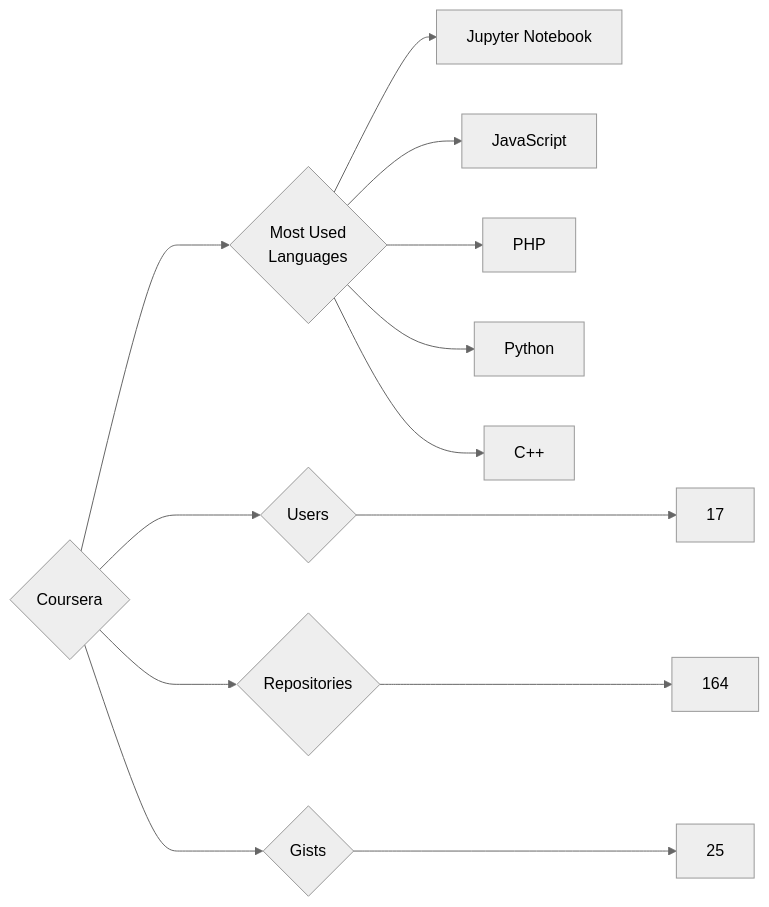
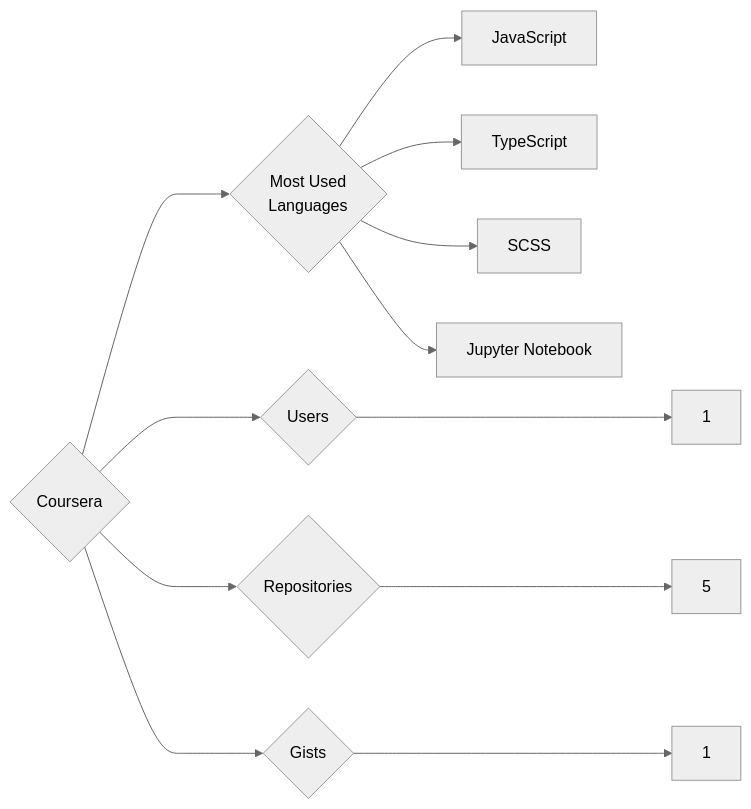
One commit to trickest/insiders changed the diagram in targets/Coursera/README.md. Above: the diagram before and after it, drawn with Mermaid (neutral theme). The commit also changed 639 other files, not shown here.

````diff
--- a/targets/Coursera/README.md
+++ b/targets/Coursera/README.md
@@ -3,13 +3,12 @@
 ```mermaid
 graph LR
 COMPANY_NAME{Coursera}
-COMPANY_NAME ---> U{Users} ---> UN[17]
-COMPANY_NAME ---> R{Repositories} ---> RN[164]
-COMPANY_NAME ---> G{Gists} ---> GN[25]
+COMPANY_NAME ---> U{Users} ---> UN[1]
+COMPANY_NAME ---> R{Repositories} ---> RN[5]
+COMPANY_NAME ---> G{Gists} ---> GN[1]
 COMPANY_NAME ---> ML{Most Used<br>Languages}
+ML --> JavaScript[JavaScript]
+ML --> TypeScript[TypeScript]
+ML --> SCSS[SCSS]
 ML --> Jupyter_Notebook[Jupyter Notebook]
-ML --> JavaScript[JavaScript]
-ML --> PHP[PHP]
-ML --> Python[Python]
-ML --> C++[C++]
 ```
````
